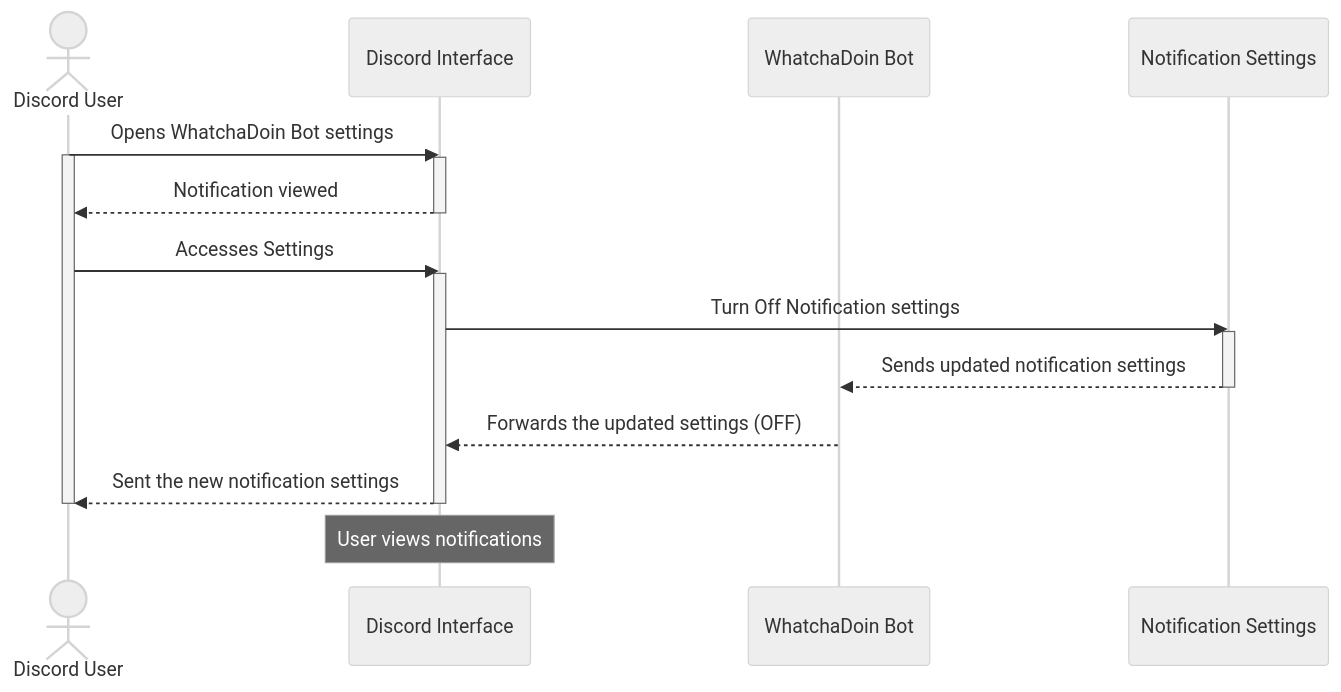
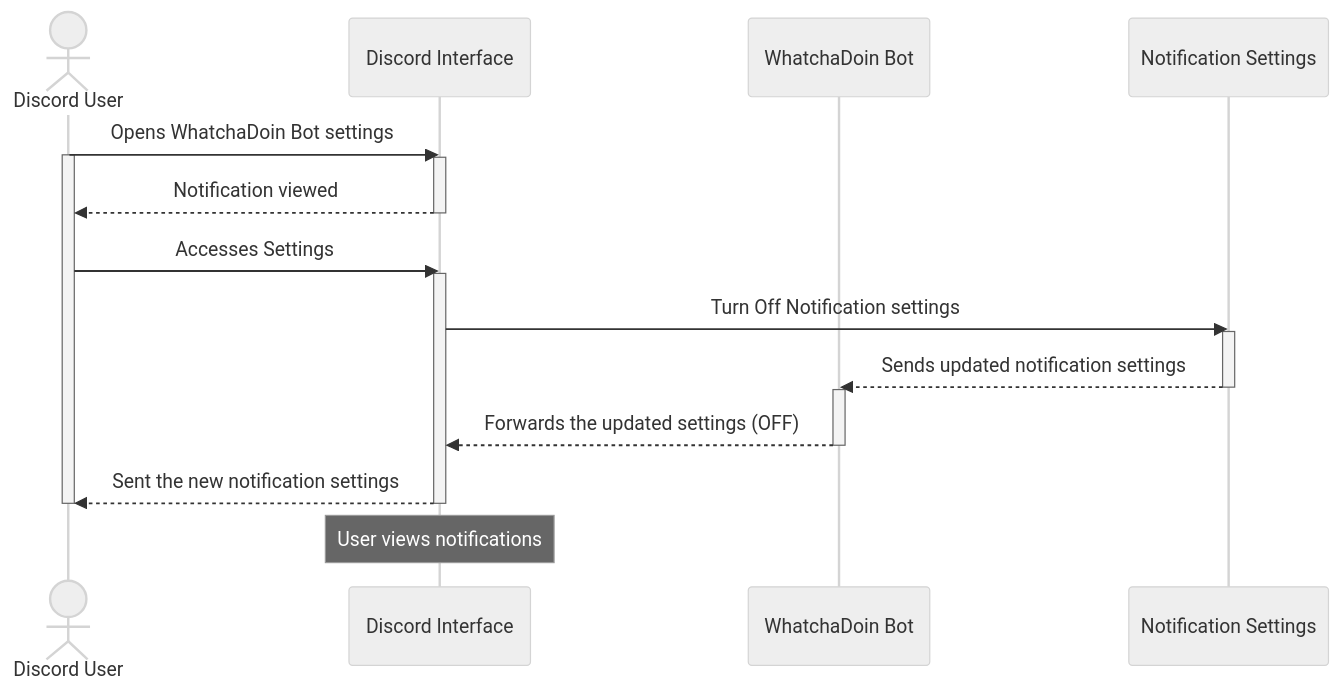
One commit to Capstone-Projects-2023-Fall/project-bereal-meets-slack changed the ninth of 11 diagrams in documentation/docs/system-architecture/design.md. Above: the diagram before and after it, drawn with Mermaid (neutral theme).

Commit message:
Update design.md
minor errors

````diff
--- a/documentation/docs/system-architecture/design.md
+++ b/documentation/docs/system-architecture/design.md
@@ -446,26 +446,28 @@
 ```mermaid
 
 sequenceDiagram
     actor User as Discord User
     participant DiscordInterface as Discord Interface
     participant WhatchaDoinBot as WhatchaDoin Bot
     participant NotificationSettings as Notification Settings
 
     User ->> DiscordInterface: Opens WhatchaDoin Bot settings
     activate User
     activate DiscordInterface
     DiscordInterface -->> User: Notification viewed
     deactivate DiscordInterface
     User ->> DiscordInterface: Accesses Settings
     activate DiscordInterface
     DiscordInterface ->> NotificationSettings: Turn Off Notification settings
     activate NotificationSettings
     NotificationSettings -->> WhatchaDoinBot: Sends updated notification settings
+    activate WhatchaDoinBot
     deactivate NotificationSettings
     WhatchaDoinBot -->> DiscordInterface: Forwards the updated settings (OFF)
+    deactivate WhatchaDoinBot
     DiscordInterface -->> User: Sent the new notification settings
     deactivate DiscordInterface
     deactivate User
     Note over DiscordInterface: User views notifications
 
 ```
````
